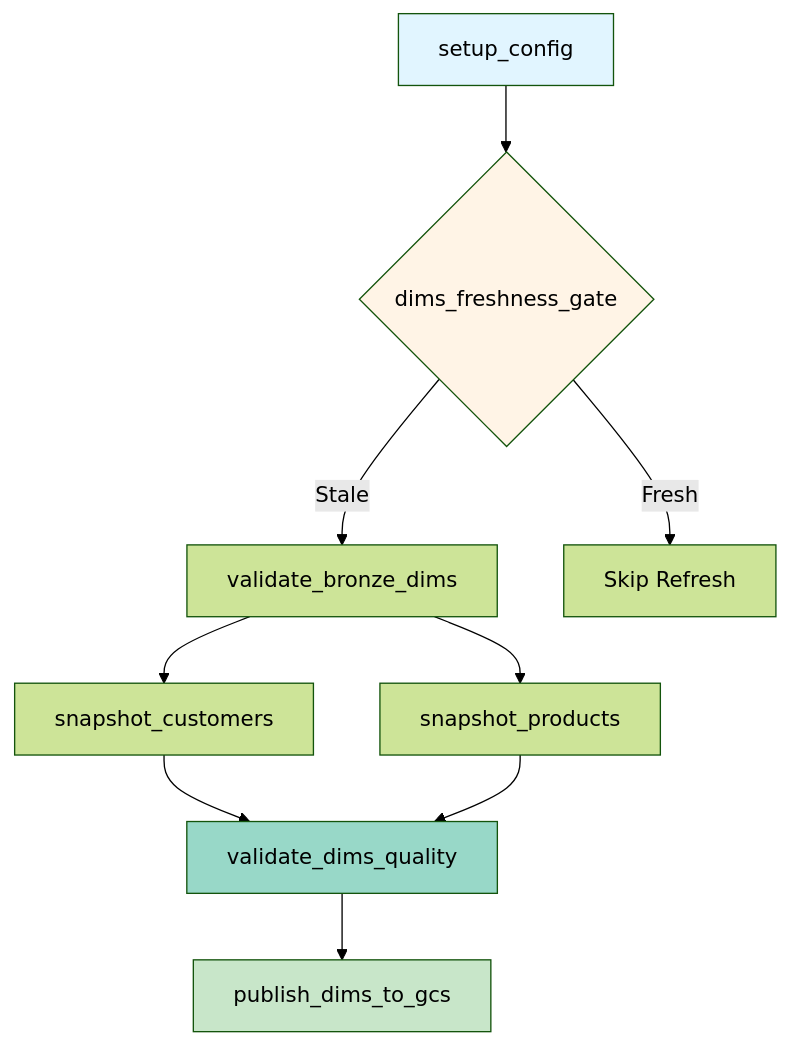
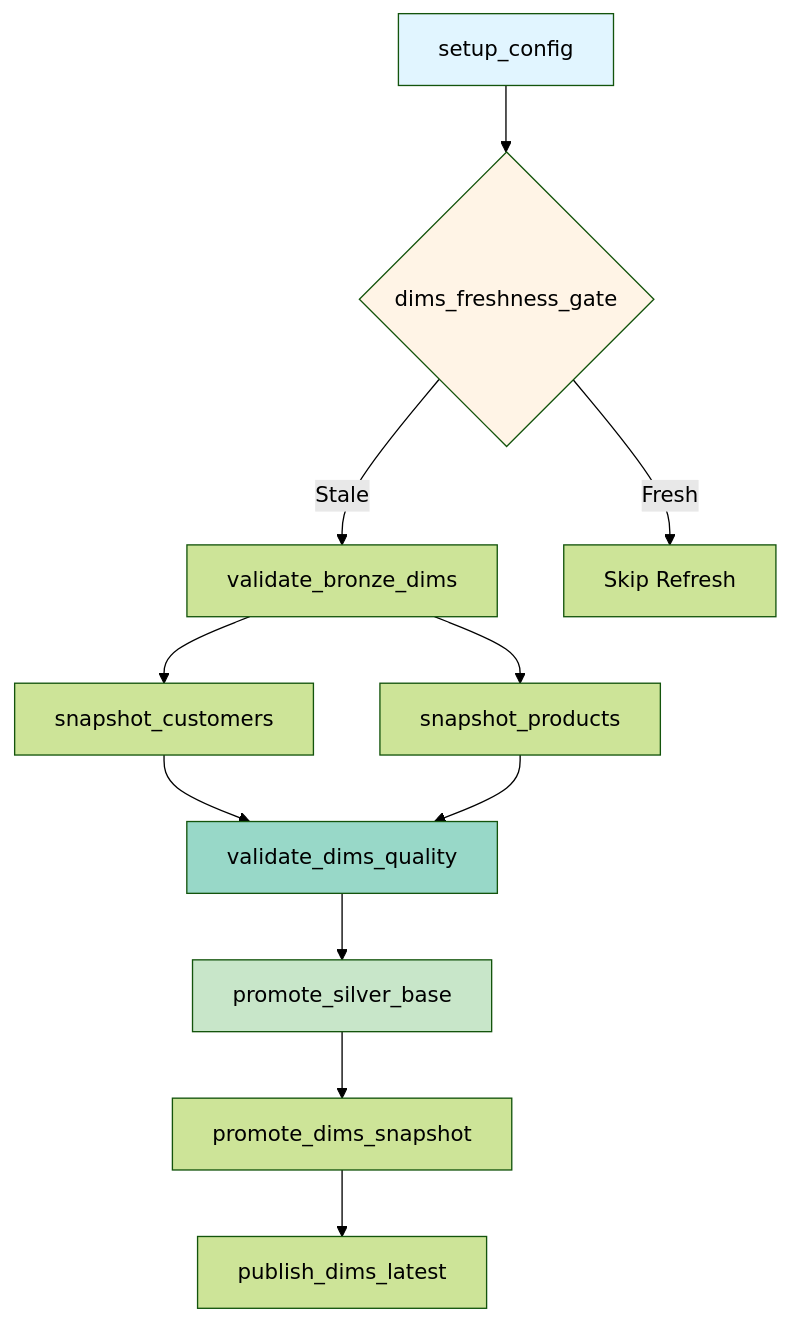
Before and after one commit to G-Schumacher44/ecom_datalake_pipelines: the fifth of 8 diagrams in docs/resources/ARCHITECTURE.md, drawn with Mermaid (forest theme). The commit also changed other lines of this file and 9 other files, not shown here.

Commit message:
Document staging validation and promote flow

````diff
--- a/docs/resources/ARCHITECTURE.md
+++ b/docs/resources/ARCHITECTURE.md
@@ -372,16 +372,18 @@
 ```mermaid
 flowchart TD
     A[setup_config] --> B{dims_freshness_gate}
     B -->|Stale| C[validate_bronze_dims]
     B -->|Fresh| Z[Skip Refresh]
     C --> D[snapshot_customers]
     C --> E[snapshot_products]
     D --> F[validate_dims_quality]
     E --> F
-    F --> G[publish_dims_to_gcs]
+    F --> G[promote_silver_base]
+    G --> H[promote_dims_snapshot]
+    H --> I[publish_dims_latest]
 
     style A fill:#e1f5ff
     style B fill:#fff4e6
     style F fill:#98d8c8
     style G fill:#c8e6c9
 ```
````
